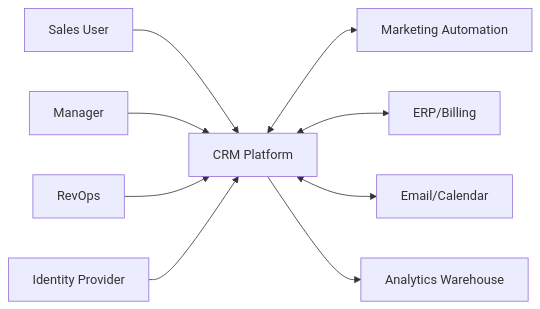
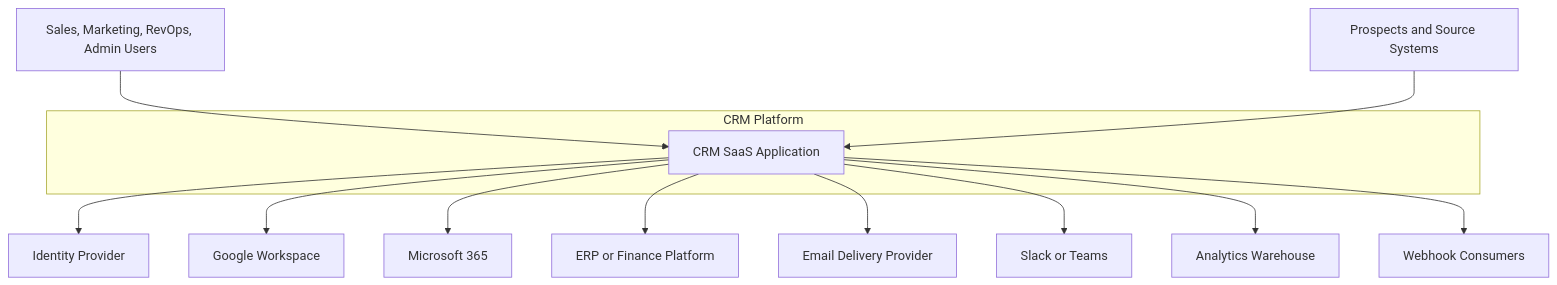
One commit to 0Ankit0/Project-Ideas changed the first of 2 diagrams in Customer Relationship Management Platform/high-level-design/c4-diagrams.md. Above: the diagram before and after it, drawn with Mermaid. The commit also changed other lines of this file and 17 other files, not shown here.

````diff
--- a/Customer Relationship Management Platform/high-level-design/c4-diagrams.md
+++ b/Customer Relationship Management Platform/high-level-design/c4-diagrams.md
@@ -4,11 +11,28 @@
 ```mermaid
-flowchart LR
-    User[Sales User] --> CRM[CRM Platform]
-    Manager[Manager] --> CRM
-    Ops[RevOps] --> CRM
-    CRM <--> MAP[Marketing Automation]
-    CRM <--> ERP[ERP/Billing]
-    CRM <--> Mail[Email/Calendar]
-    CRM --> BI[Analytics Warehouse]
-    SSO[Identity Provider] --> CRM
+flowchart TB
+    Users[Sales, Marketing, RevOps, Admin Users]
+    Prospects[Prospects and Source Systems]
+    IdP[Identity Provider]
+    Google[Google Workspace]
+    Microsoft[Microsoft 365]
+    ERP[ERP or Finance Platform]
+    ESP[Email Delivery Provider]
+    Chat[Slack or Teams]
+    Warehouse[Analytics Warehouse]
+    Hooks[Webhook Consumers]
+
+    subgraph CRM[CRM Platform]
+        System[CRM SaaS Application]
+    end
+
+    Users --> System
+    Prospects --> System
+    System --> IdP
+    System --> Google
+    System --> Microsoft
+    System --> ERP
+    System --> ESP
+    System --> Chat
+    System --> Warehouse
+    System --> Hooks
 ```
````
